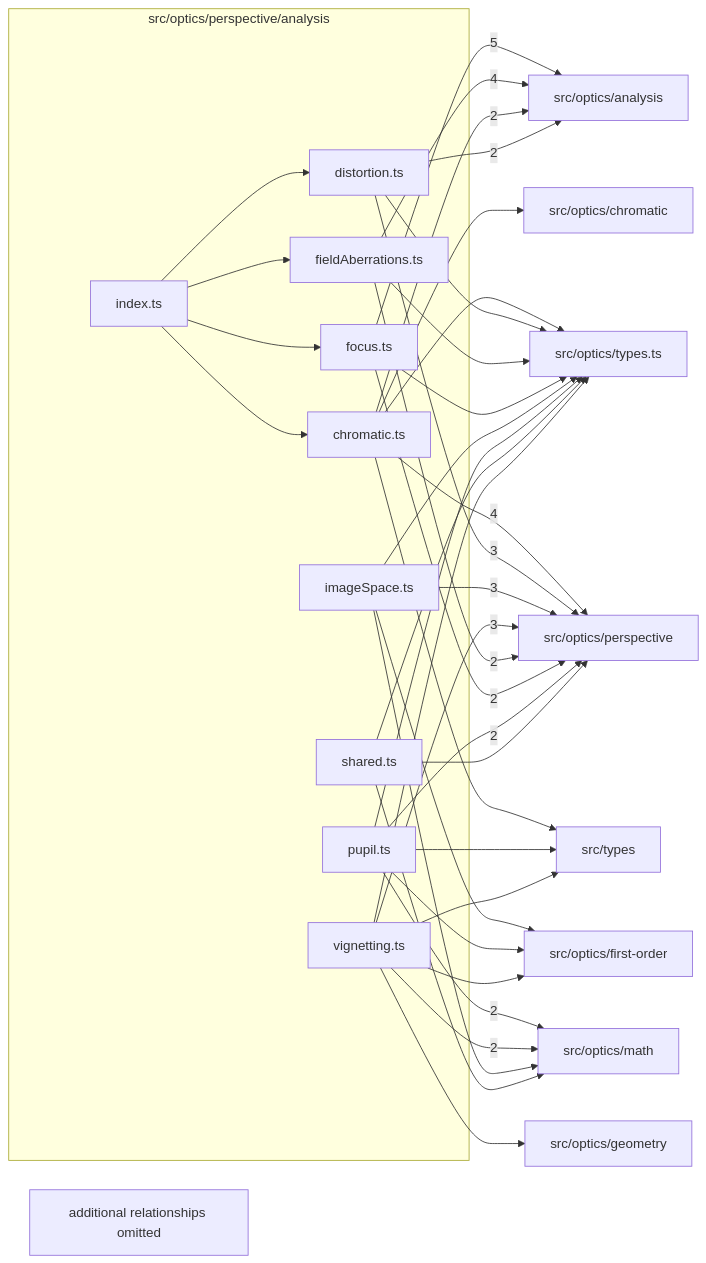
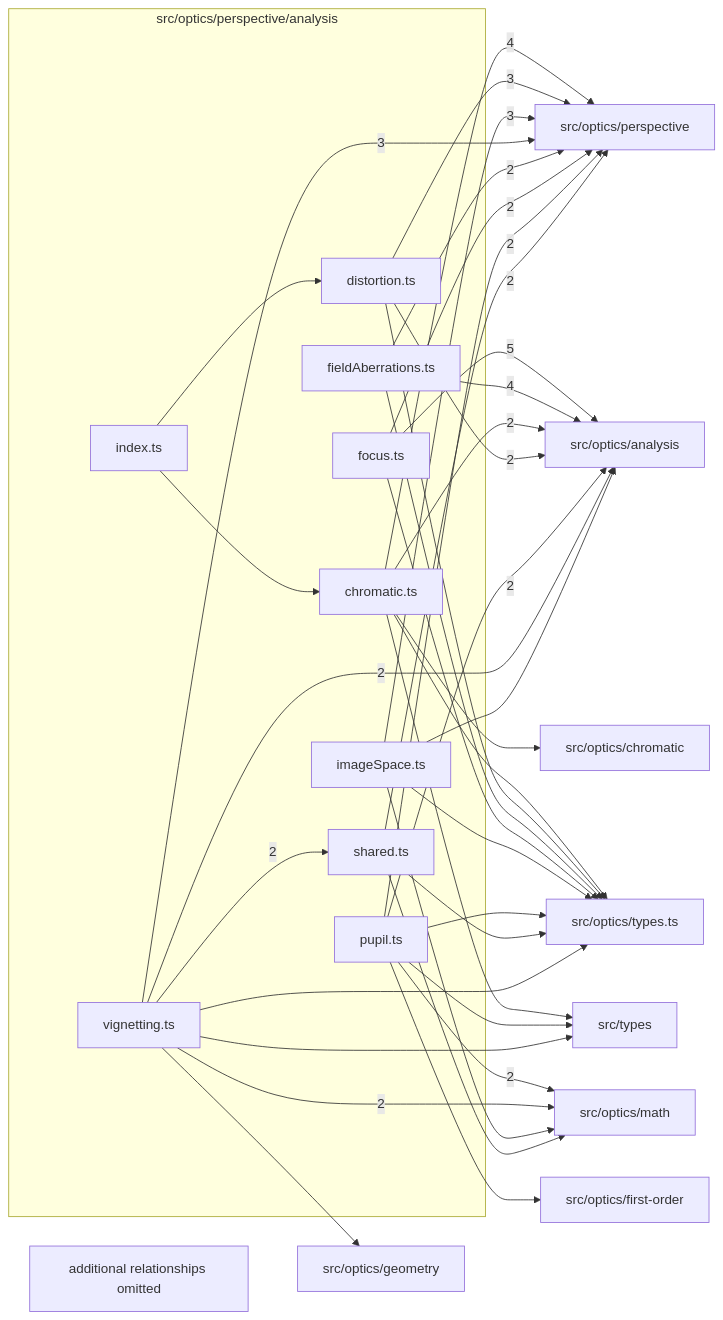
The diagram in src/optics/perspective/analysis/readme.md (ronbuening/LensVisualizer), drawn with Mermaid before and after one commit. The commit also changed other lines of this file and 21 other files, not shown here.

Commit message:
S7.P3.T3 Perspective vignetting and pupils on AnalysisRequest

````diff
--- a/src/optics/perspective/analysis/readme.md
+++ b/src/optics/perspective/analysis/readme.md
@@ -9,59 +9,59 @@
 ```mermaid
 flowchart LR
   subgraph n_src_optics_perspective_analysis["src/optics/perspective/analysis"]
     n_src_optics_perspective_analysis_src_optics_perspective_analysis_chromatic_ts["chromatic.ts"]
     n_src_optics_perspective_analysis_src_optics_perspective_analysis_distortion_ts["distortion.ts"]
     n_src_optics_perspective_analysis_src_optics_perspective_analysis_fieldAberrations_ts["fieldAberrations.ts"]
     n_src_optics_perspective_analysis_src_optics_perspective_analysis_focus_ts["focus.ts"]
     n_src_optics_perspective_analysis_src_optics_perspective_analysis_imageSpace_ts["imageSpace.ts"]
     n_src_optics_perspective_analysis_src_optics_perspective_analysis_index_ts["index.ts"]
     n_src_optics_perspective_analysis_src_optics_perspective_analysis_pupil_ts["pupil.ts"]
     n_src_optics_perspective_analysis_src_optics_perspective_analysis_shared_ts["shared.ts"]
     n_src_optics_perspective_analysis_src_optics_perspective_analysis_vignetting_ts["vignetting.ts"]
   end
   n_external_src_optics_analysis["src/optics/analysis"]
   n_external_src_optics_perspective["src/optics/perspective"]
   n_external_src_optics_math["src/optics/math"]
   n_external_src_optics_chromatic["src/optics/chromatic"]
   n_external_src_optics_first_order["src/optics/first-order"]
   n_external_src_optics_geometry["src/optics/geometry"]
   n_external_src_optics_types_ts["src/optics/types.ts"]
   n_external_src_types["src/types"]
   n_src_optics_perspective_analysis_src_optics_perspective_analysis_focus_ts --> |5| n_external_src_optics_analysis
   n_src_optics_perspective_analysis_src_optics_perspective_analysis_fieldAberrations_ts --> |4| n_external_src_optics_analysis
   n_src_optics_perspective_analysis_src_optics_perspective_analysis_chromatic_ts --> |4| n_external_src_optics_perspective
   n_src_optics_perspective_analysis_src_optics_perspective_analysis_distortion_ts --> |3| n_external_src_optics_perspective
   n_src_optics_perspective_analysis_src_optics_perspective_analysis_imageSpace_ts --> |3| n_external_src_optics_perspective
   n_src_optics_perspective_analysis_src_optics_perspective_analysis_vignetting_ts --> |3| n_external_src_optics_perspective
   n_src_optics_perspective_analysis_src_optics_perspective_analysis_chromatic_ts --> |2| n_external_src_optics_analysis
   n_src_optics_perspective_analysis_src_optics_perspective_analysis_distortion_ts --> |2| n_external_src_optics_analysis
+  n_src_optics_perspective_analysis_src_optics_perspective_analysis_pupil_ts --> |2| n_external_src_optics_analysis
+  n_src_optics_perspective_analysis_src_optics_perspective_analysis_vignetting_ts --> |2| n_external_src_optics_analysis
   n_src_optics_perspective_analysis_src_optics_perspective_analysis_pupil_ts --> |2| n_external_src_optics_math
   n_src_optics_perspective_analysis_src_optics_perspective_analysis_vignetting_ts --> |2| n_external_src_optics_math
   n_src_optics_perspective_analysis_src_optics_perspective_analysis_fieldAberrations_ts --> |2| n_external_src_optics_perspective
   n_src_optics_perspective_analysis_src_optics_perspective_analysis_focus_ts --> |2| n_external_src_optics_perspective
   n_src_optics_perspective_analysis_src_optics_perspective_analysis_pupil_ts --> |2| n_external_src_optics_perspective
+  n_src_optics_perspective_analysis_src_optics_perspective_analysis_shared_ts --> |2| n_external_src_optics_perspective
+  n_src_optics_perspective_analysis_src_optics_perspective_analysis_vignetting_ts --> |2| n_src_optics_perspective_analysis_src_optics_perspective_analysis_shared_ts
+  n_src_optics_perspective_analysis_src_optics_perspective_analysis_imageSpace_ts --> n_external_src_optics_analysis
   n_src_optics_perspective_analysis_src_optics_perspective_analysis_chromatic_ts --> n_external_src_optics_chromatic
-  n_src_optics_perspective_analysis_src_optics_perspective_analysis_imageSpace_ts --> n_external_src_optics_first_order
   n_src_optics_perspective_analysis_src_optics_perspective_analysis_pupil_ts --> n_external_src_optics_first_order
-  n_src_optics_perspective_analysis_src_optics_perspective_analysis_vignetting_ts --> n_external_src_optics_first_order
   n_src_optics_perspective_analysis_src_optics_perspective_analysis_vignetting_ts --> n_external_src_optics_geometry
   n_src_optics_perspective_analysis_src_optics_perspective_analysis_imageSpace_ts --> n_external_src_optics_math
   n_src_optics_perspective_analysis_src_optics_perspective_analysis_shared_ts --> n_external_src_optics_math
-  n_src_optics_perspective_analysis_src_optics_perspective_analysis_shared_ts --> n_external_src_optics_perspective
   n_src_optics_perspective_analysis_src_optics_perspective_analysis_chromatic_ts --> n_external_src_optics_types_ts
   n_src_optics_perspective_analysis_src_optics_perspective_analysis_distortion_ts --> n_external_src_optics_types_ts
   n_src_optics_perspective_analysis_src_optics_perspective_analysis_fieldAberrations_ts --> n_external_src_optics_types_ts
   n_src_optics_perspective_analysis_src_optics_perspective_analysis_focus_ts --> n_external_src_optics_types_ts
   n_src_optics_perspective_analysis_src_optics_perspective_analysis_imageSpace_ts --> n_external_src_optics_types_ts
   n_src_optics_perspective_analysis_src_optics_perspective_analysis_pupil_ts --> n_external_src_optics_types_ts
   n_src_optics_perspective_analysis_src_optics_perspective_analysis_shared_ts --> n_external_src_optics_types_ts
   n_src_optics_perspective_analysis_src_optics_perspective_analysis_vignetting_ts --> n_external_src_optics_types_ts
   n_src_optics_perspective_analysis_src_optics_perspective_analysis_chromatic_ts --> n_external_src_types
   n_src_optics_perspective_analysis_src_optics_perspective_analysis_pupil_ts --> n_external_src_types
   n_src_optics_perspective_analysis_src_optics_perspective_analysis_vignetting_ts --> n_external_src_types
   n_src_optics_perspective_analysis_src_optics_perspective_analysis_index_ts --> n_src_optics_perspective_analysis_src_optics_perspective_analysis_chromatic_ts
   n_src_optics_perspective_analysis_src_optics_perspective_analysis_index_ts --> n_src_optics_perspective_analysis_src_optics_perspective_analysis_distortion_ts
-  n_src_optics_perspective_analysis_src_optics_perspective_analysis_index_ts --> n_src_optics_perspective_analysis_src_optics_perspective_analysis_fieldAberrations_ts
-  n_src_optics_perspective_analysis_src_optics_perspective_analysis_index_ts --> n_src_optics_perspective_analysis_src_optics_perspective_analysis_focus_ts
   n_src_optics_perspective_analysis_truncated["additional relationships omitted"]
 ```
````
